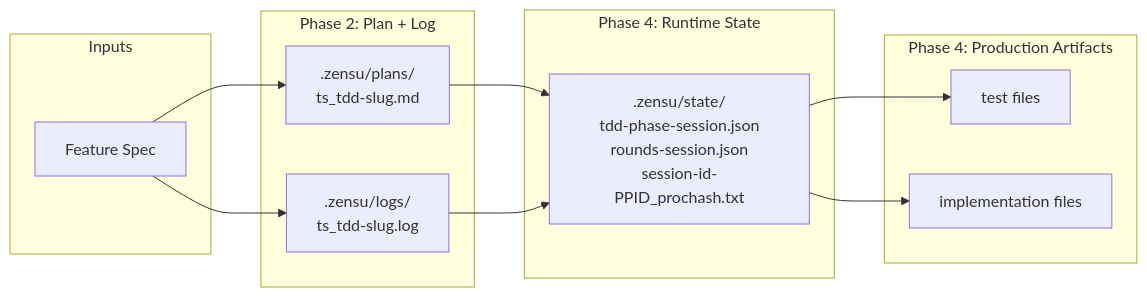
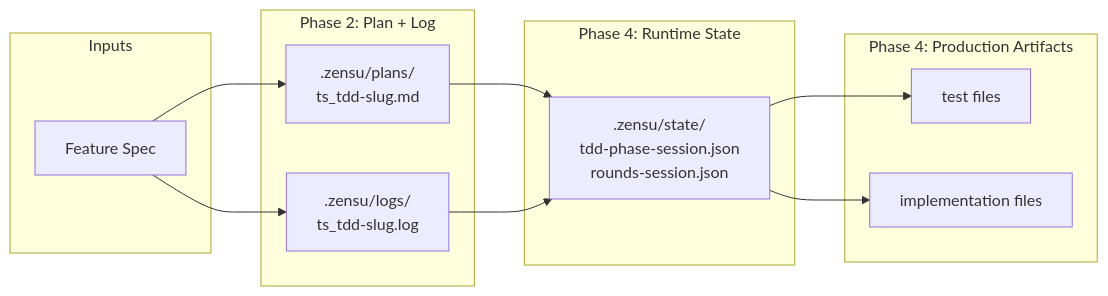
The third of 4 diagrams in docs/tdd-manager-workflow.md (MKITConsulting/zensu-claude-code), drawn with Mermaid before and after one commit. The commit also changed other lines of this file and 9 other files, not shown here.

First line of the commit message:
fix(session): resolve session id via transcript helper, drop agent-era PPID cache (#113)

````diff
--- a/docs/tdd-manager-workflow.md
+++ b/docs/tdd-manager-workflow.md
@@ -187,23 +187,23 @@
 ```mermaid
 flowchart LR
     subgraph Inputs
       Spec[Feature Spec]
     end
     subgraph Plan_Phase[Phase 2: Plan + Log]
       Plan[.zensu/plans/<br/>ts_tdd-slug.md]
       Log[.zensu/logs/<br/>ts_tdd-slug.log]
     end
     subgraph Runtime_State[Phase 4: Runtime State]
-      State[.zensu/state/<br/>tdd-phase-session.json<br/>rounds-session.json<br/>session-id-PPID_prochash.txt]
+      State[.zensu/state/<br/>tdd-phase-session.json<br/>rounds-session.json]
     end
     subgraph Production[Phase 4: Production Artifacts]
       Tests[test files]
       Code[implementation files]
     end
     Spec --> Plan
     Spec --> Log
     Plan --> State
     Log --> State
     State --> Tests
     State --> Code
 ```
````
